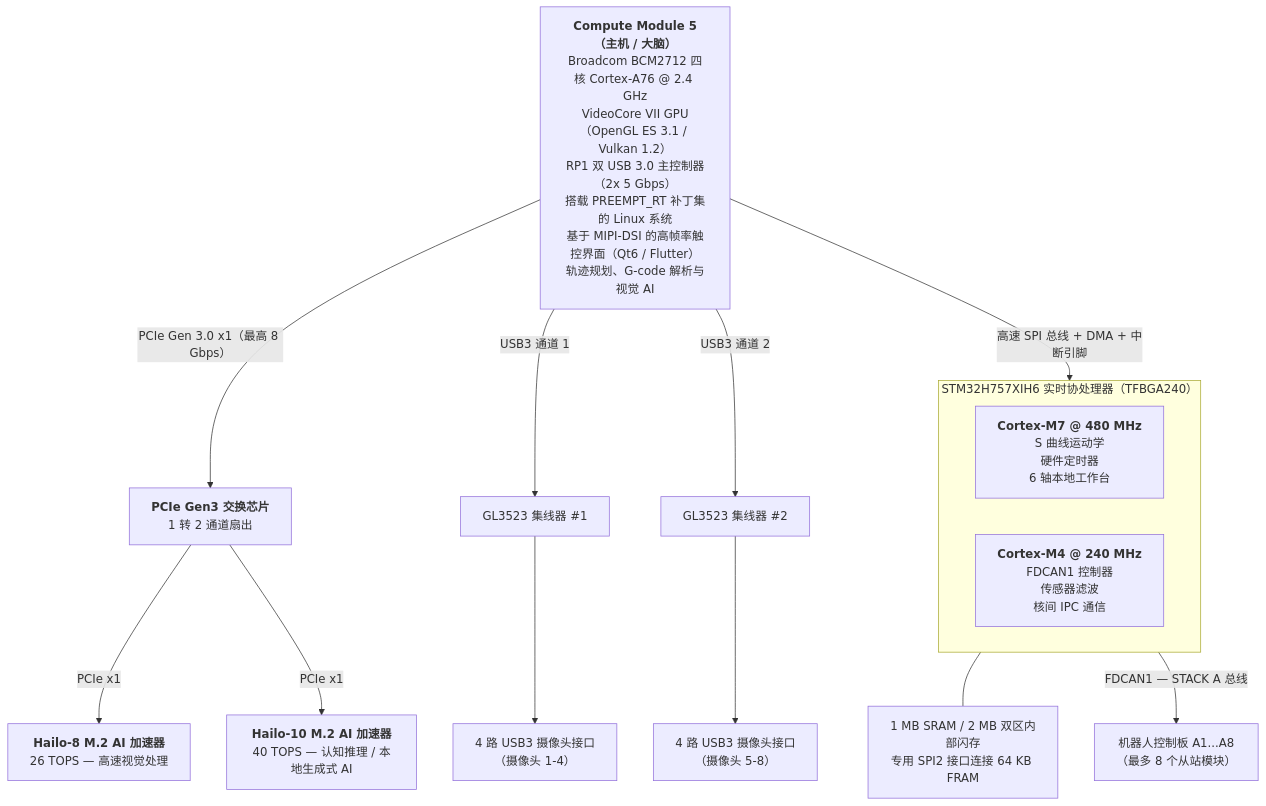
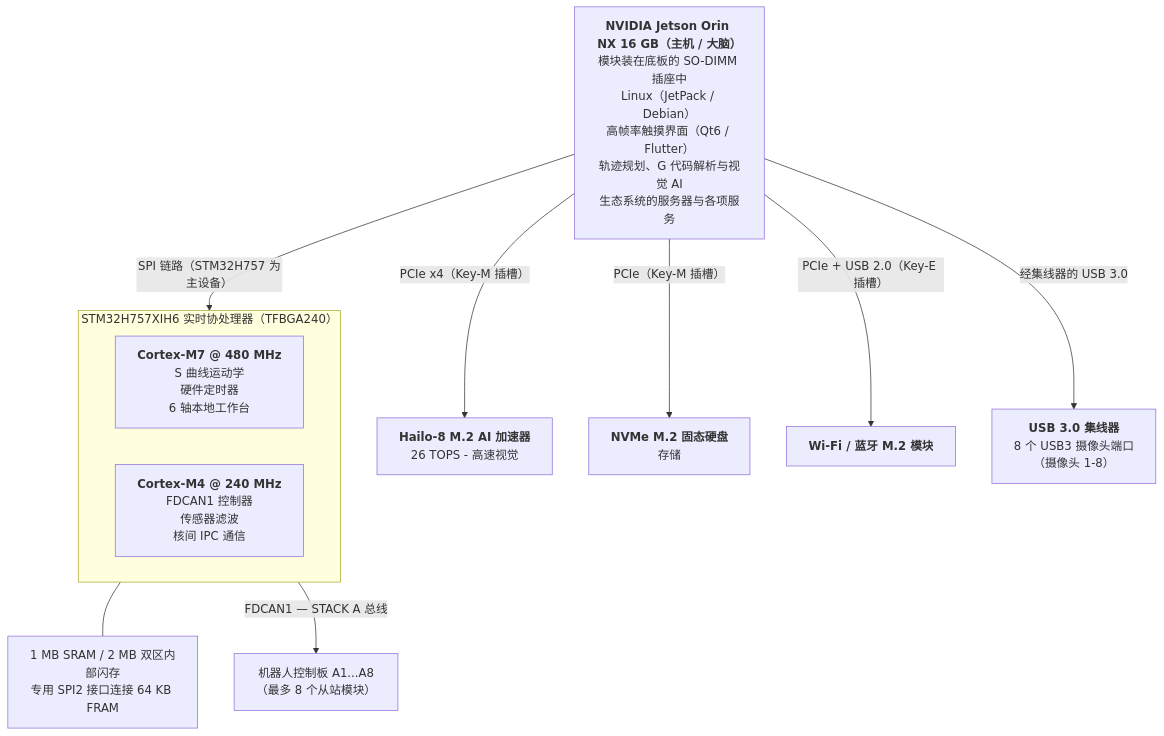
One commit to JuanenRac/HYDRA-UMC changed the first of 3 diagrams in README_zho.md. Above: the diagram before and after it, drawn with Mermaid. The commit also changed other lines of this file and 8 other files, not shown here.

Commit message:
Draw the Jetson baseboard in the README block diagram and feature list

````diff
--- a/README_zho.md
+++ b/README_zho.md
@@ -93,24 +95,21 @@
 ```mermaid
 flowchart TB
-    CM5["<b>Compute Module 5（主机 / 大脑）</b><br/>Broadcom BCM2712 四核 Cortex-A76 @ 2.4 GHz<br/>VideoCore VII GPU（OpenGL ES 3.1 / Vulkan 1.2）<br/>RP1 双 USB 3.0 主控制器（2x 5 Gbps）<br/>搭载 PREEMPT_RT 补丁集的 Linux 系统<br/>基于 MIPI-DSI 的高帧率触控界面（Qt6 / Flutter）<br/>轨迹规划、G-code 解析与视觉 AI"]
+    JETSON["<b>NVIDIA Jetson Orin NX 16 GB（主机 / 大脑）</b><br/>模块装在底板的 SO-DIMM 插座中<br/>Linux（JetPack / Debian）<br/>高帧率触摸界面（Qt6 / Flutter）<br/>轨迹规划、G 代码解析与视觉 AI<br/>生态系统的服务器与各项服务"]
 
-    CM5 -- "PCIe Gen 3.0 x1（最高 8 Gbps）" --> PCIESW["<b>PCIe Gen3 交换芯片</b><br/>1 转 2 通道扇出"]
-    PCIESW -- "PCIe x1" --> HAILO8["<b>Hailo-8 M.2 AI 加速器</b><br/>26 TOPS — 高速视觉处理"]
-    PCIESW -- "PCIe x1" --> HAILO10["<b>Hailo-10 M.2 AI 加速器</b><br/>40 TOPS — 认知推理 / 本地生成式 AI"]
-    CM5 -- "USB3 通道 1" --> HUB1["GL3523 集线器 #1"]
-    CM5 -- "USB3 通道 2" --> HUB2["GL3523 集线器 #2"]
-    HUB1 --> CAM14["4 路 USB3 摄像头接口<br/>（摄像头 1-4）"]
-    HUB2 --> CAM58["4 路 USB3 摄像头接口<br/>（摄像头 5-8）"]
+    JETSON -- "PCIe x4（Key-M 插槽）" --> HAILO8["<b>Hailo-8 M.2 AI 加速器</b><br/>26 TOPS - 高速视觉"]
+    JETSON -- "PCIe（Key-M 插槽）" --> NVME["<b>NVMe M.2 固态硬盘</b><br/>存储"]
+    JETSON -- "PCIe + USB 2.0（Key-E 插槽）" --> WIFI["<b>Wi-Fi / 蓝牙 M.2 模块</b>"]
+    JETSON -- "经集线器的 USB 3.0" --> HUBS["<b>USB 3.0 集线器</b><br/>8 个 USB3 摄像头端口<br/>（摄像头 1-8）"]
 
-    CM5 -- "高速 SPI 总线 + DMA + 中断引脚" --> MCU
+    JETSON -- "SPI 链路（STM32H757 为主设备）" --> MCU
 
     subgraph MCU["STM32H757XIH6 实时协处理器（TFBGA240）"]
         direction LR
         CM7["<b>Cortex-M7 @ 480 MHz</b><br/>S 曲线运动学<br/>硬件定时器<br/>6 轴本地工作台"]
         CM4["<b>Cortex-M4 @ 240 MHz</b><br/>FDCAN1 控制器<br/>传感器滤波<br/>核间 IPC 通信"]
     end
     MEM["1 MB SRAM / 2 MB 双区内部闪存<br/>专用 SPI2 接口连接 64 KB FRAM"]
     MCU --- MEM
 
     MCU -- "FDCAN1 — STACK A 总线" --> ROBOTS["机器人控制板 A1...A8<br/>（最多 8 个从站模块）"]
 ```
````
